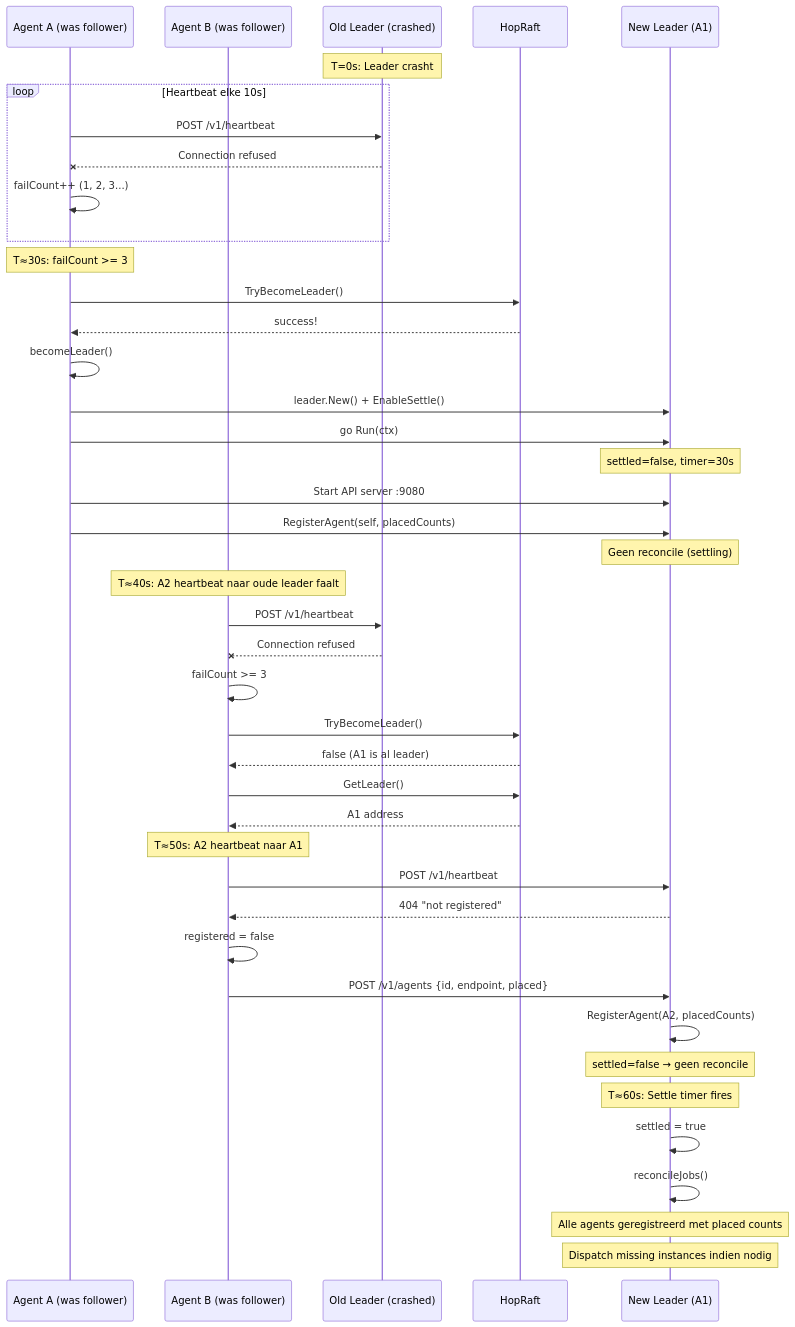
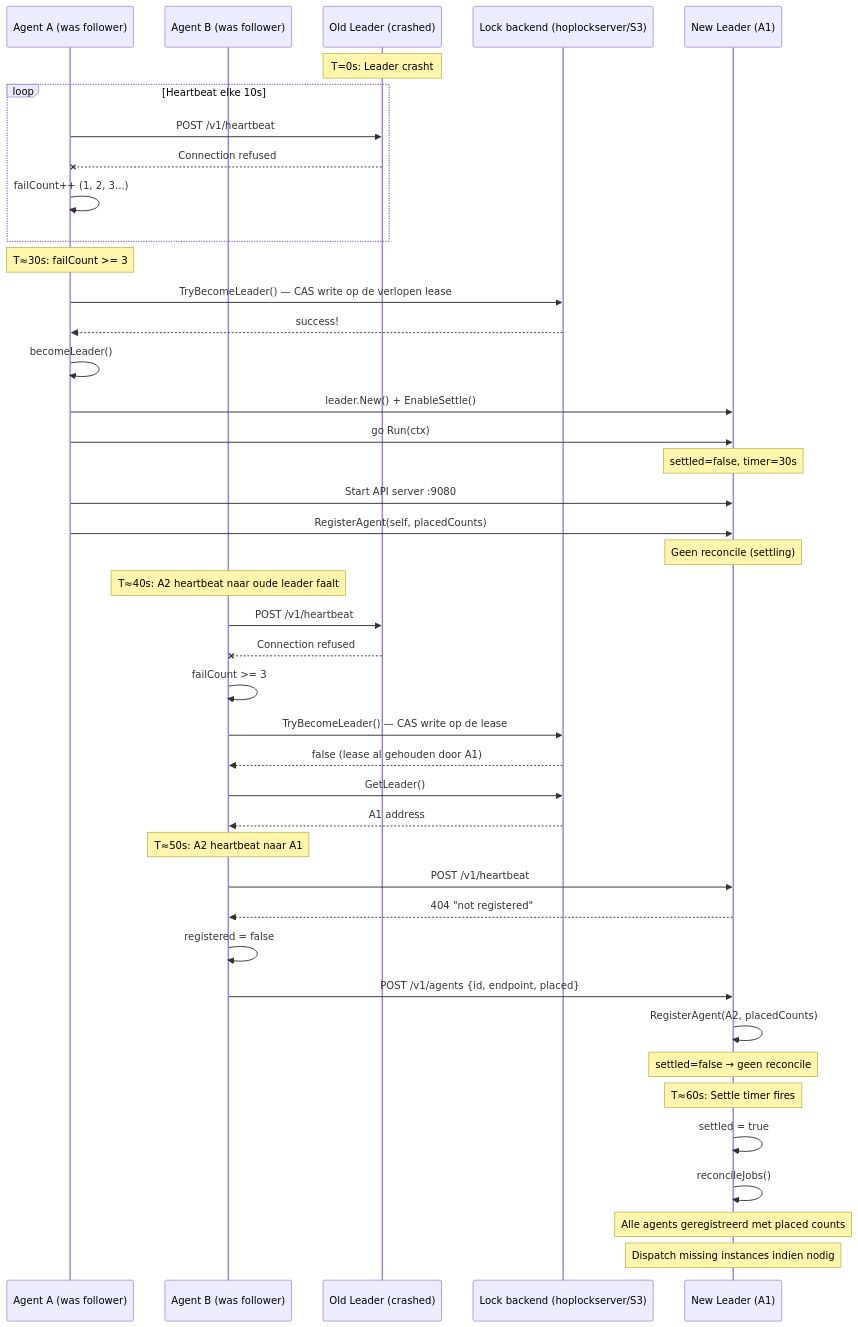
Before and after one commit to xinix00/easyrun: diagram 12 of 14 in SEQUENCES.md, drawn with Mermaid. The commit also changed other lines of this file and 3 other files, not shown here.

First line of the commit message:
docs: replace stale HopRaft references with hoplock lease election

````diff
--- a/SEQUENCES.md
+++ b/SEQUENCES.md
@@ -555,54 +556,54 @@
 ```mermaid
 sequenceDiagram
     participant A1 as Agent A (was follower)
     participant A2 as Agent B (was follower)
     participant OLD as Old Leader (crashed)
-    participant RAFT as HopRaft
+    participant LK as Lock backend (hoplockserver/S3)
     participant NL as New Leader (A1)
 
     Note over OLD: T=0s: Leader crasht
 
     loop Heartbeat elke 10s
         A1->>OLD: POST /v1/heartbeat
         OLD--xA1: Connection refused
         A1->>A1: failCount++ (1, 2, 3...)
     end
 
     Note over A1: T≈30s: failCount >= 3
 
-    A1->>RAFT: TryBecomeLeader()
-    RAFT-->>A1: success!
+    A1->>LK: TryBecomeLeader() — CAS write op de verlopen lease
+    LK-->>A1: success!
     A1->>A1: becomeLeader()
 
     A1->>NL: leader.New() + EnableSettle()
     A1->>NL: go Run(ctx)
     Note over NL: settled=false, timer=30s
     A1->>NL: Start API server :9080
     A1->>NL: RegisterAgent(self, placedCounts)
     Note over NL: Geen reconcile (settling)
 
     Note over A2: T≈40s: A2 heartbeat naar oude leader faalt
 
     A2->>OLD: POST /v1/heartbeat
     OLD--xA2: Connection refused
     A2->>A2: failCount >= 3
-    A2->>RAFT: TryBecomeLeader()
-    RAFT-->>A2: false (A1 is al leader)
-    A2->>RAFT: GetLeader()
-    RAFT-->>A2: A1 address
+    A2->>LK: TryBecomeLeader() — CAS write op de lease
+    LK-->>A2: false (lease al gehouden door A1)
+    A2->>LK: GetLeader()
+    LK-->>A2: A1 address
 
     Note over A2: T≈50s: A2 heartbeat naar A1
     A2->>NL: POST /v1/heartbeat
     NL-->>A2: 404 "not registered"
     A2->>A2: registered = false
 
     A2->>NL: POST /v1/agents {id, endpoint, placed}
     NL->>NL: RegisterAgent(A2, placedCounts)
     Note over NL: settled=false → geen reconcile
 
     Note over NL: T≈60s: Settle timer fires
     NL->>NL: settled = true
     NL->>NL: reconcileJobs()
     Note over NL: Alle agents geregistreerd met placed counts
     Note over NL: Dispatch missing instances indien nodig
 ```
````
